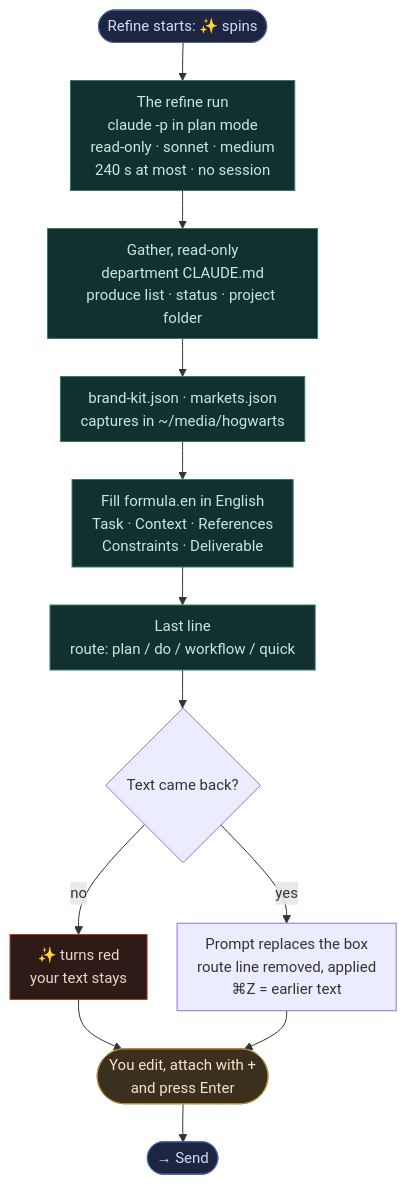
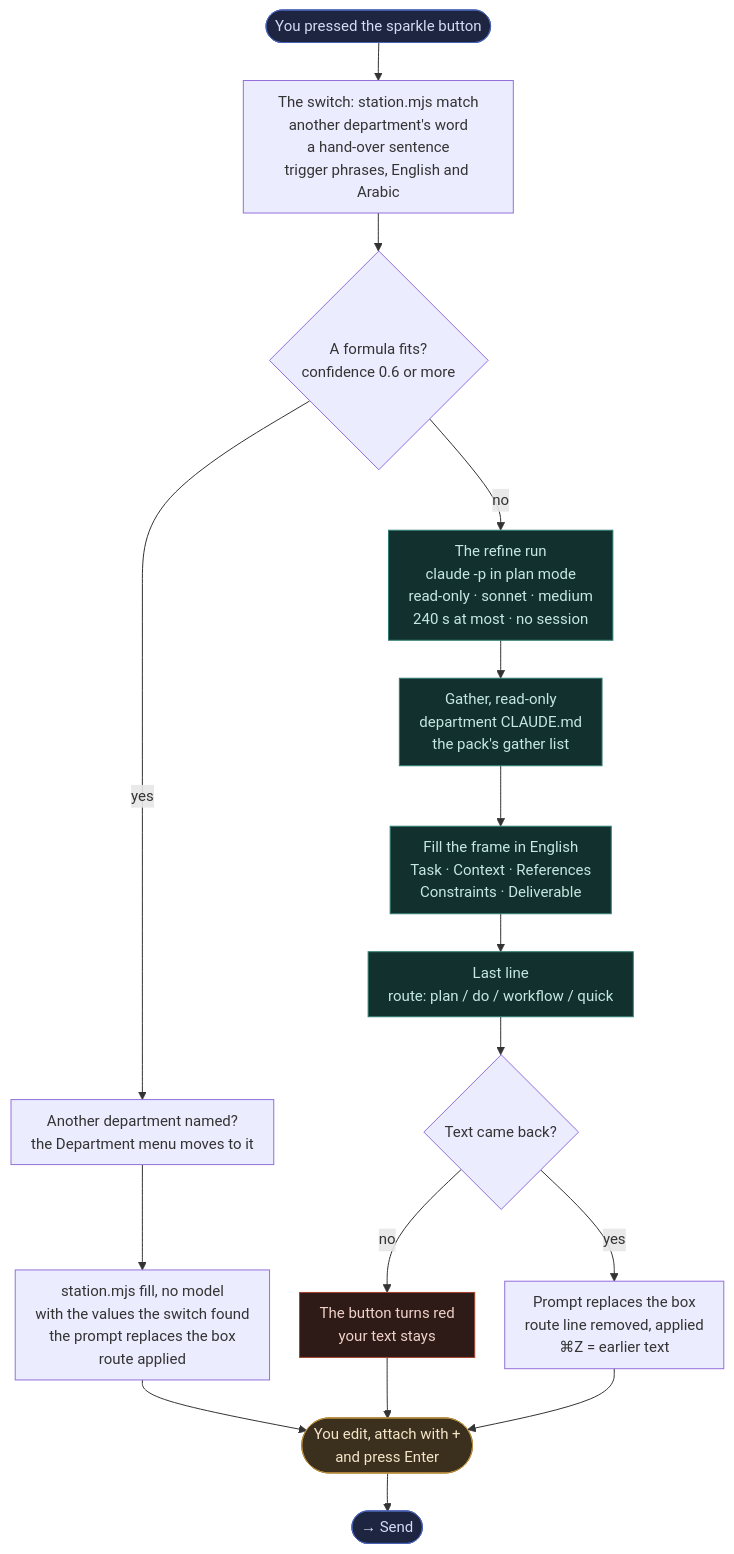
Before and after one commit to databayt/kun: the second of 4 diagrams in content/docs/pipeline.mdx, drawn with Mermaid. The commit also changed other lines of this file and 6 other files, not shown here.

````diff
--- a/content/docs/pipeline.mdx
+++ b/content/docs/pipeline.mdx
@@ -136,22 +189,26 @@
 ```mermaid
 %%{init: {"fontFamily": "Geist, Arial, sans-serif", "themeVariables": {"fontSize": "15px", "fontFamily": "Geist, Arial, sans-serif"}, "flowchart": {"wrappingWidth": 230, "nodeSpacing": 30, "rankSpacing": 38, "padding": 10}}}%%
 flowchart TD
-    R0(["Refine starts: ✨ spins"]):::done
-    R0 --> RF["The refine run<br/>claude -p in plan mode<br/>read-only · sonnet · medium<br/>240 s at most · no session"]:::claude
-    RF --> G1["Gather, read-only<br/>department CLAUDE.md<br/>produce list · status · project folder"]:::claude
-    G1 --> G1b["brand-kit.json · markets.json<br/>captures in ~/media/hogwarts"]:::claude
-    G1b --> G2["Fill formula.en in English<br/>Task · Context · References<br/>Constraints · Deliverable"]:::claude
+    R0(["You pressed the sparkle button"]):::done
+    R0 --> M["The switch: station.mjs match<br/>another department's word<br/>a hand-over sentence<br/>trigger phrases, English and Arabic"]
+    M --> Q{"A formula fits?<br/>confidence 0.6 or more"}
+    Q -- "yes" --> MD["Another department named?<br/>the Department menu moves to it"]
+    MD --> MF["station.mjs fill, no model<br/>with the values the switch found<br/>the prompt replaces the box<br/>route applied"]
+    Q -- "no" --> RF["The refine run<br/>claude -p in plan mode<br/>read-only · sonnet · medium<br/>240 s at most · no session"]:::claude
+    RF --> G1["Gather, read-only<br/>department CLAUDE.md<br/>the pack's gather list"]:::claude
+    G1 --> G2["Fill the frame in English<br/>Task · Context · References<br/>Constraints · Deliverable"]:::claude
     G2 --> G3["Last line<br/>route: plan / do / workflow / quick"]:::claude
     G3 --> F{"Text came back?"}
-    F -- "no" --> FX["✨ turns red<br/>your text stays"]:::bad
+    F -- "no" --> FX["The button turns red<br/>your text stays"]:::bad
     F -- "yes" --> F1["Prompt replaces the box<br/>route line removed, applied<br/>⌘Z = earlier text"]
-    FX --> E(["You edit, attach with +<br/>and press Enter"]):::you
+    MF --> E(["You edit, attach with +<br/>and press Enter"]):::you
+    FX --> E
     F1 --> E
     E --> N(["→ Send"]):::done
 
     classDef you fill:#3b2f1e,stroke:#b58a3c,color:#f5e6c8;
     classDef claude fill:#12312e,stroke:#2f7d72,color:#c6e8e2;
     classDef ok fill:#16301c,stroke:#3c8a4f,color:#cfeed7;
     classDef bad fill:#2e1a16,stroke:#a6432f,color:#f0d2c9;
     classDef done fill:#1d2540,stroke:#4a63b5,color:#d4dcf5;
 ```
````
